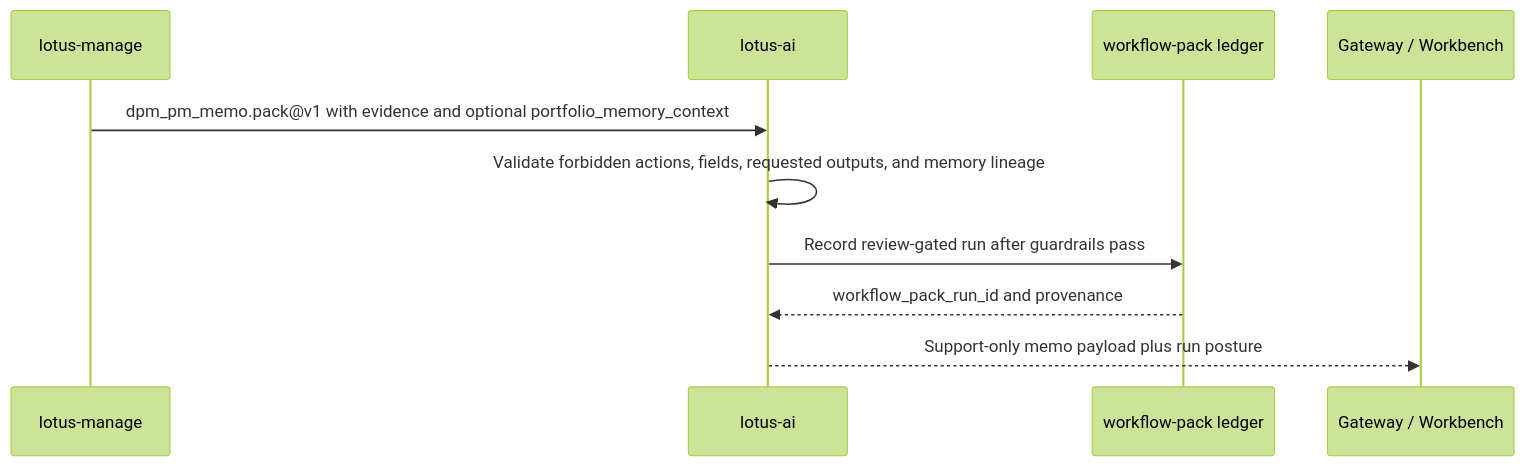
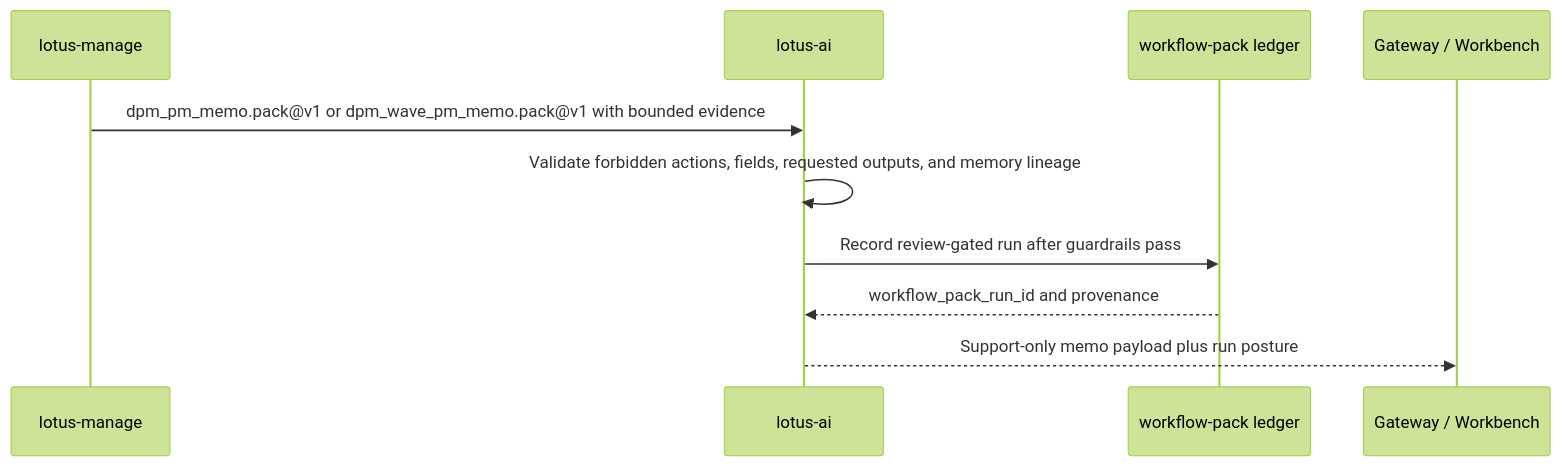
The diagram in wiki/Integrations.md (sgajbi/lotus-ai), drawn with Mermaid (forest theme) before and after one commit. The commit also changed other lines of this file and 31 other files, not shown here.

Commit message:
Add DPM wave PM memo workflow pack

````diff
--- a/wiki/Integrations.md
+++ b/wiki/Integrations.md
@@ -190,12 +206,12 @@
 ```mermaid
 sequenceDiagram
     participant Manage as lotus-manage
     participant AI as lotus-ai
     participant Ledger as workflow-pack ledger
     participant UI as Gateway / Workbench
-    Manage->>AI: dpm_pm_memo.pack@v1 with evidence and optional portfolio_memory_context
+    Manage->>AI: dpm_pm_memo.pack@v1 or dpm_wave_pm_memo.pack@v1 with bounded evidence
     AI->>AI: Validate forbidden actions, fields, requested outputs, and memory lineage
     AI->>Ledger: Record review-gated run after guardrails pass
     Ledger-->>AI: workflow_pack_run_id and provenance
     AI-->>UI: Support-only memo payload plus run posture
 ```
````
